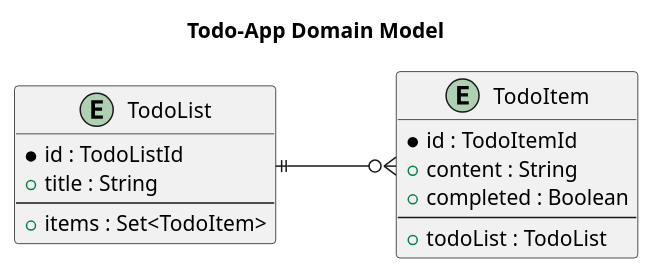
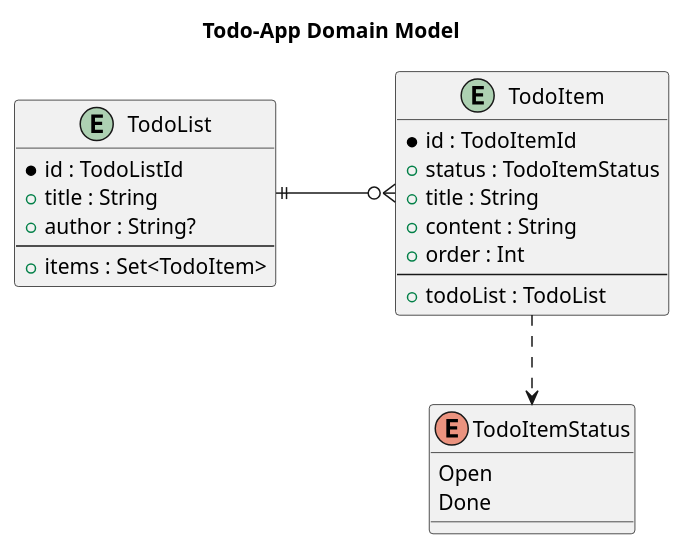
One commit to wer-denkt-was/kiwi-framework changed the diagram in docs/02-domain-schema.md. Above: the diagram before and after it, drawn with PlantUML. The commit also changed other lines of this file and 274 other files, not shown here.

````diff
--- a/docs/02-domain-schema.md
+++ b/docs/02-domain-schema.md
@@ -36,24 +57,33 @@
 ```plantuml
 @startuml
 title Todo-App Domain Model
 skinparam linetype ortho
 skinparam nodesep 80
 
 entity TodoList {
     * id : TodoListId
     + title : String
+    + author : String?
     ---
     + items : Set<TodoItem>
 }
 
 entity TodoItem {
     * id : TodoItemId
+    + status : TodoItemStatus
+    + title : String
     + content : String
-    + completed : Boolean
+    + order : Int
     ---
     + todoList : TodoList
 }
 
+enum TodoItemStatus {
+    Open
+    Done
+}
+
 TodoList ||--r--o{ TodoItem
+TodoItem .d.> TodoItemStatus
 @enduml
 ```
````
